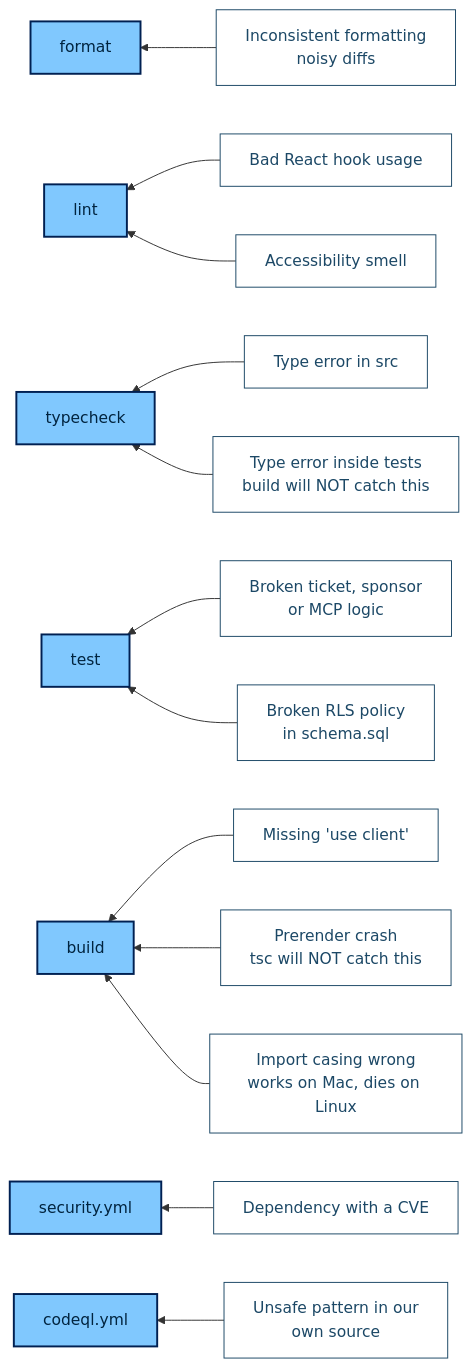
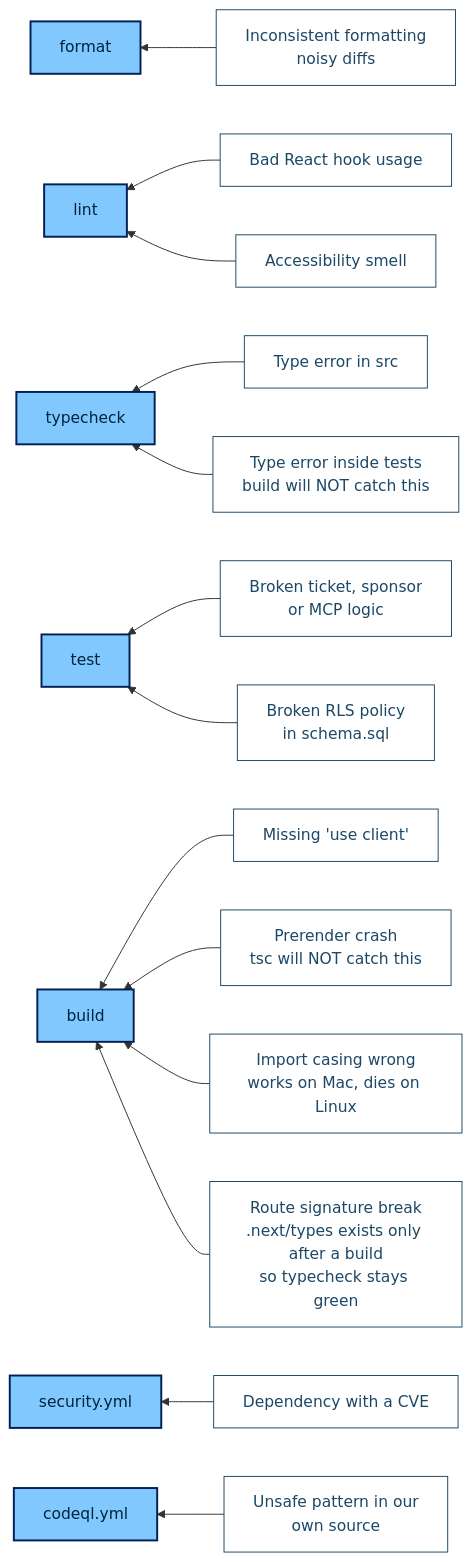
One commit to acmpsu/acm-website changed the second of 12 diagrams in docs/ci-map.md. Above: the diagram before and after it, drawn with Mermaid. The commit also changed other lines of this file and 14 other files, not shown here.

````diff
--- a/docs/ci-map.md
+++ b/docs/ci-map.md
@@ -94,28 +89,29 @@
 ```mermaid
 flowchart RL
     FMT["format"]
     LNT["lint"]
     TYP["typecheck"]
     TST["test"]
     BLD["build"]
     AUD["security.yml"]
     QL["codeql.yml"]
 
     B1["Inconsistent formatting<br/>noisy diffs"] --> FMT
     B2["Bad React hook usage"] --> LNT
     B3["Accessibility smell"] --> LNT
     B4["Type error in src"] --> TYP
     B5["Type error inside tests<br/>build will NOT catch this"] --> TYP
     B6["Broken ticket, sponsor<br/>or MCP logic"] --> TST
     B7["Broken RLS policy<br/>in schema.sql"] --> TST
     B8["Missing 'use client'"] --> BLD
     B9["Prerender crash<br/>tsc will NOT catch this"] --> BLD
     B10["Import casing wrong<br/>works on Mac, dies on Linux"] --> BLD
+    B13["Route signature break<br/>.next/types exists only after a build<br/>so typecheck stays green"] --> BLD
     B11["Dependency with a CVE"] --> AUD
     B12["Unsafe pattern in our<br/>own source"] --> QL
 
     classDef chk fill:#80c8fe,stroke:#002052,stroke-width:2px,color:#00243f
     classDef bug fill:#ffffff,stroke:#1c4866,stroke-width:1px,color:#1c4866
     class FMT,LNT,TYP,TST,BLD,AUD,QL chk
-    class B1,B2,B3,B4,B5,B6,B7,B8,B9,B10,B11,B12 bug
+    class B1,B2,B3,B4,B5,B6,B7,B8,B9,B10,B11,B12,B13 bug
 ```
````
